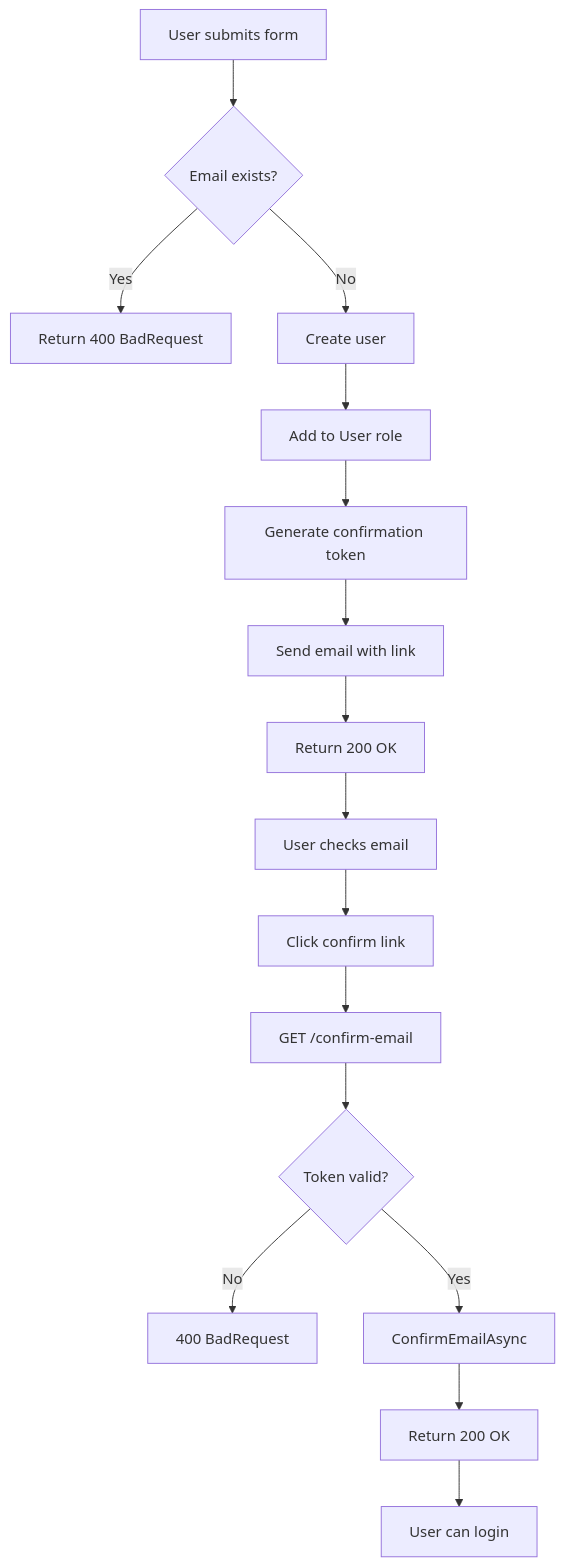
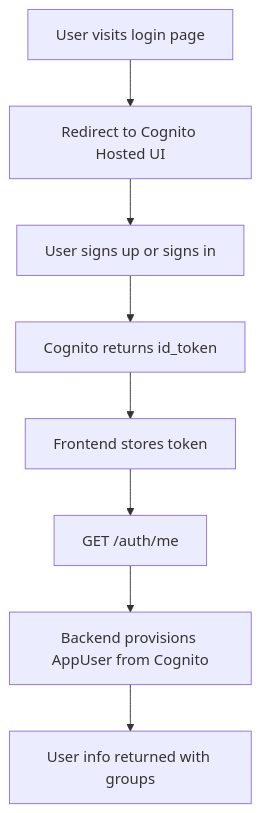
Before and after one commit to Ahmed-Shehzad/MIRA: the seventh of 14 diagrams in docs/system-architecture-diagrams.md, drawn with Mermaid. The commit also changed other lines of this file and 188 other files, not shown here.

````diff
--- a/docs/system-architecture-diagrams.md
+++ b/docs/system-architecture-diagrams.md
@@ -300,18 +223,10 @@
 ```mermaid
 flowchart TD
-    A[User submits form] --> B{Email exists?}
-    B -->|Yes| C[Return 400 BadRequest]
-    B -->|No| D[Create user]
-    D --> E[Add to User role]
-    E --> F[Generate confirmation token]
-    F --> G[Send email with link]
-    G --> H[Return 200 OK]
-    H --> I[User checks email]
-    I --> J[Click confirm link]
-    J --> K[GET /confirm-email]
-    K --> L{Token valid?}
-    L -->|No| M[400 BadRequest]
-    L -->|Yes| N[ConfirmEmailAsync]
-    N --> O[Return 200 OK]
-    O --> P[User can login]
+    A[User visits login page] --> B[Redirect to Cognito Hosted UI]
+    B --> C[User signs up or signs in]
+    C --> D[Cognito returns id_token]
+    D --> E[Frontend stores token]
+    E --> F[GET /auth/me]
+    F --> G[Backend provisions AppUser from Cognito]
+    G --> H[User info returned with groups]
 ```
````
